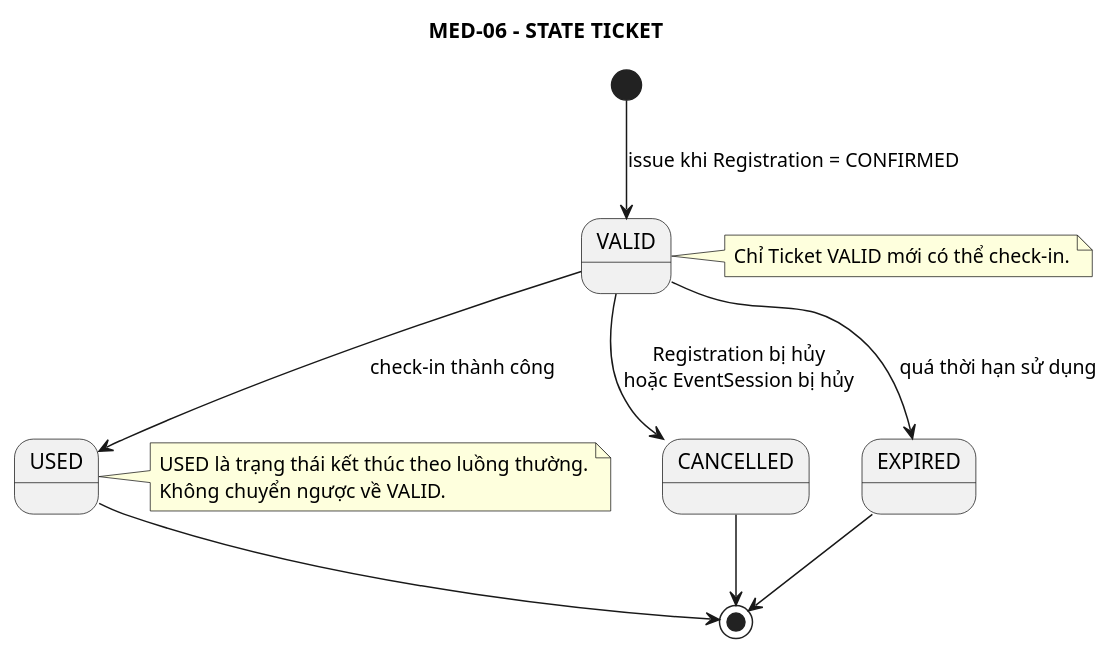
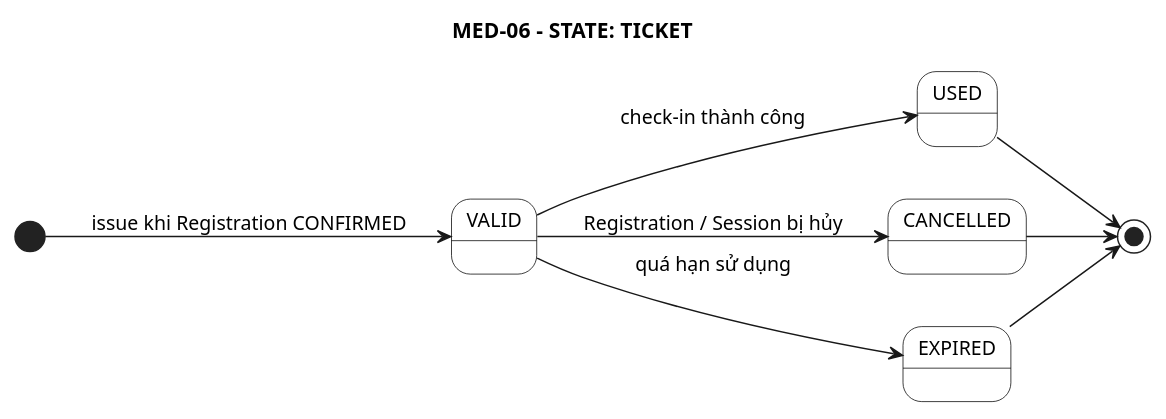
The diagram in PTTK/07_State/02-ticket-state.puml (anh632k-ui/OOP-DoAn), drawn with PlantUML before and after one commit.

Commit message:
simplify ticket state diagram layout

```diff
--- a/PTTK/07_State/02-ticket-state.puml
+++ b/PTTK/07_State/02-ticket-state.puml
@@ -1,24 +1,22 @@
 @startuml
+left to right direction
+skinparam monochrome true
 skinparam shadowing false
+skinparam defaultFontSize 13
+skinparam state {
+  BackgroundColor White
+  BorderColor Black
+}
 
-title MED-06 - STATE TICKET
+title MED-06 - STATE: TICKET
 
-[*] --> VALID : issue khi Registration = CONFIRMED
+[*] --> VALID : issue khi Registration CONFIRMED
 VALID --> USED : check-in thành công
-VALID --> CANCELLED : Registration bị hủy\nhoặc EventSession bị hủy
-VALID --> EXPIRED : quá thời hạn sử dụng
+VALID --> CANCELLED : Registration / Session bị hủy
+VALID --> EXPIRED : quá hạn sử dụng
 
 USED --> [*]
 CANCELLED --> [*]
 EXPIRED --> [*]
 
-note right of VALID
-Chỉ Ticket VALID mới có thể check-in.
-end note
-
-note right of USED
-USED là trạng thái kết thúc theo luồng thường.
-Không chuyển ngược về VALID.
-end note
-
 @enduml
```
